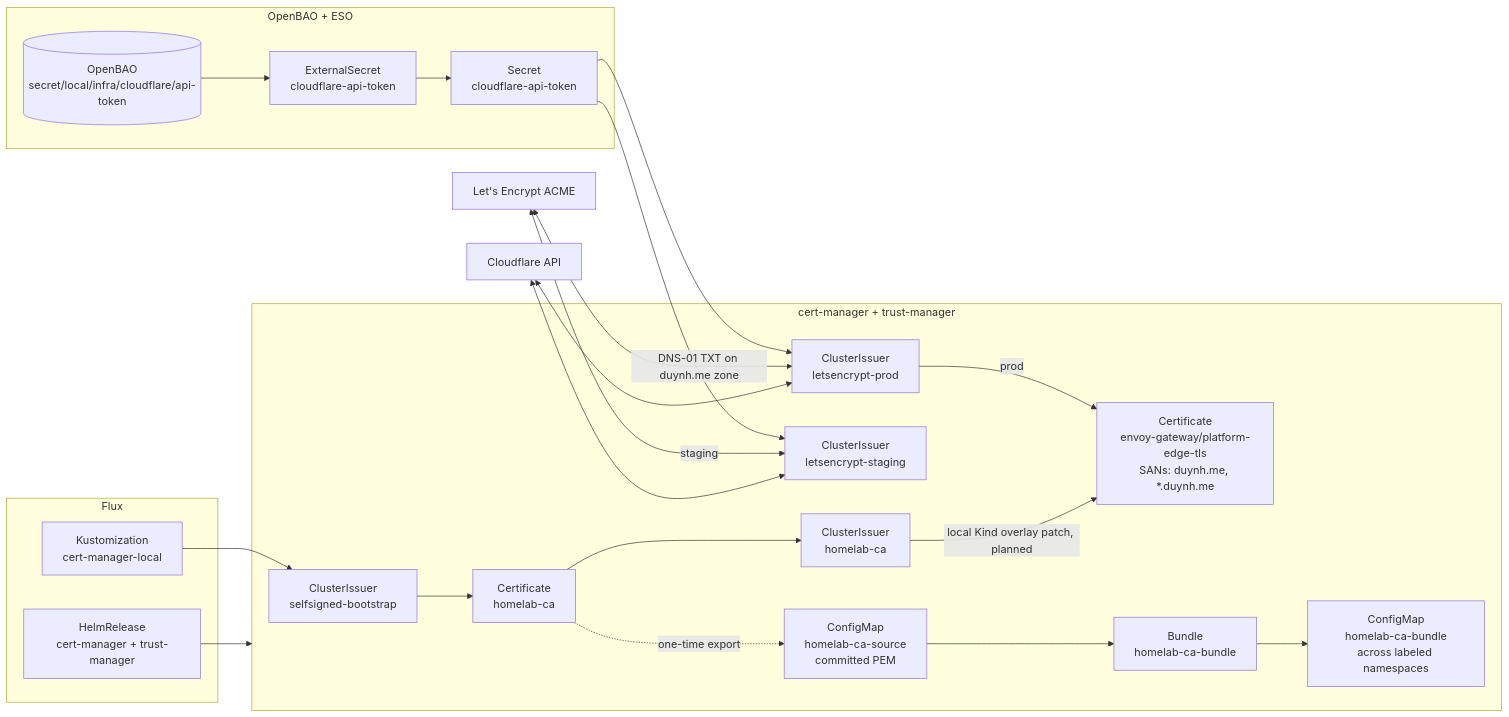
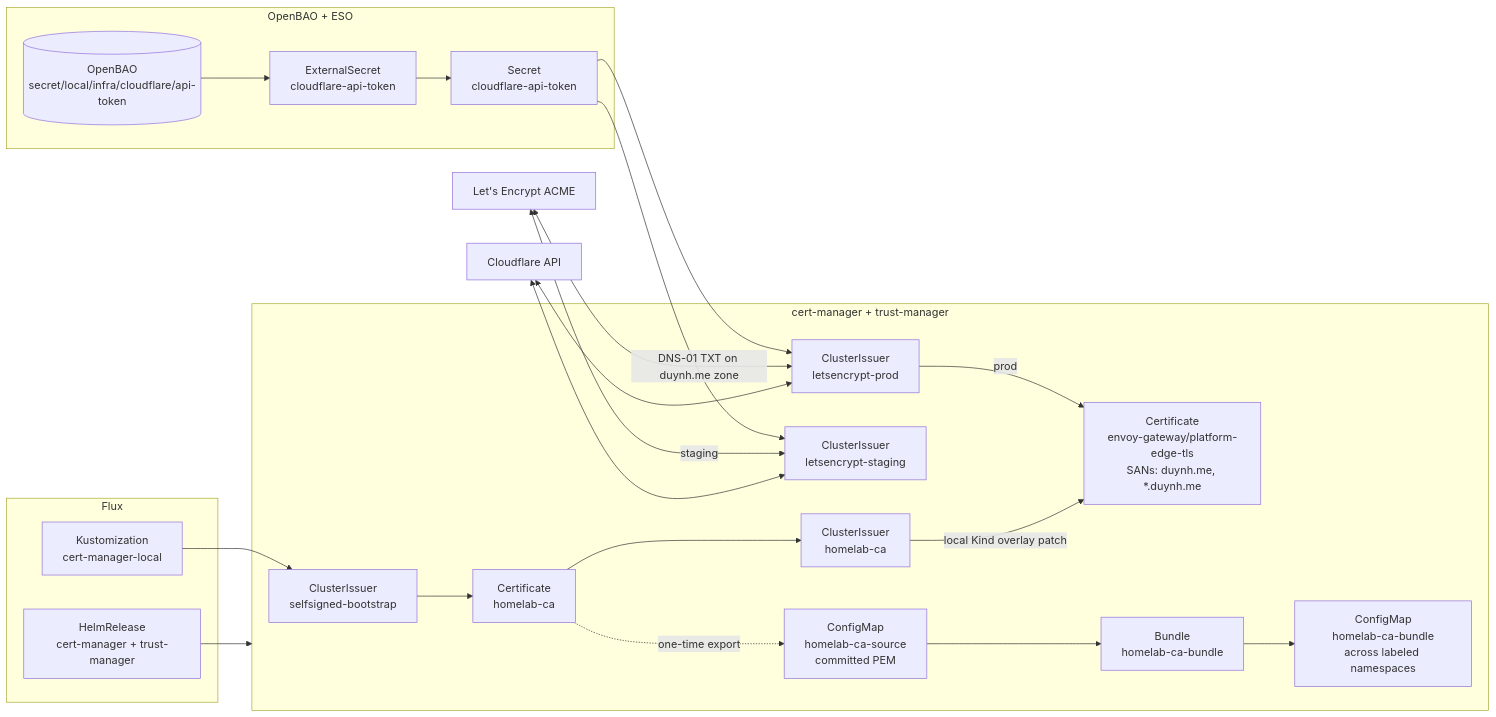
One commit to duynhlab/homelab changed the first of 2 diagrams in docs/secrets/cert-manager.md. Above: the diagram before and after it, drawn with Mermaid. The commit also changed other lines of this file and 11 other files, not shown here.

````diff
--- a/docs/secrets/cert-manager.md
+++ b/docs/secrets/cert-manager.md
@@ -36,32 +36,32 @@
 ```mermaid
 flowchart LR
   subgraph flux[Flux]
     HR[HelmRelease<br/>cert-manager + trust-manager]
     K[Kustomization<br/>cert-manager-local]
   end
   subgraph eso[OpenBAO + ESO]
     Bao[(OpenBAO<br/>secret/local/infra/cloudflare/api-token)]
     ES[ExternalSecret<br/>cloudflare-api-token]
     Sec[Secret<br/>cloudflare-api-token]
   end
   subgraph cm[cert-manager + trust-manager]
     SS[ClusterIssuer<br/>selfsigned-bootstrap]
     CA[Certificate<br/>homelab-ca]
     HCA[ClusterIssuer<br/>homelab-ca]
     LES[ClusterIssuer<br/>letsencrypt-staging]
     LEP[ClusterIssuer<br/>letsencrypt-prod]
     EdgeCert[Certificate<br/>envoy-gateway/platform-edge-tls<br/>SANs: duynh.me, *.duynh.me]
     CACOPY[ConfigMap<br/>homelab-ca-source<br/>committed PEM]
     Bundle[Bundle<br/>homelab-ca-bundle]
     OUT[ConfigMap<br/>homelab-ca-bundle<br/>across labeled namespaces]
   end
   HR --> cm
   K --> SS --> CA --> HCA
   Bao --> ES --> Sec --> LES & LEP
   LEP -->|prod| EdgeCert
-  HCA -->|local Kind overlay patch, planned| EdgeCert
+  HCA -->|local Kind overlay patch| EdgeCert
   CA -. one-time export .-> CACOPY --> Bundle --> OUT
   LE[Let's Encrypt ACME] <-->|DNS-01 TXT on duynh.me zone| LEP
   LE <-->|staging| LES
   CF[Cloudflare API] <--> LEP & LES
 ```
````
